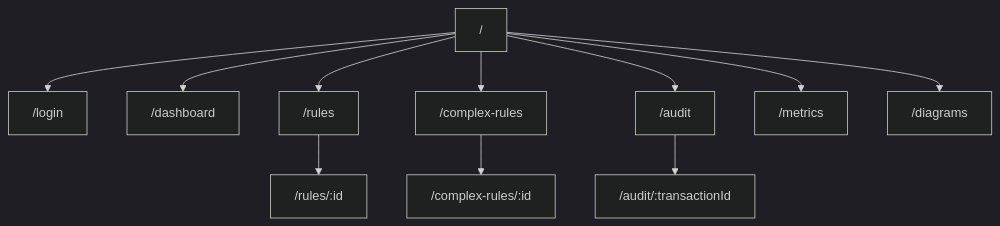
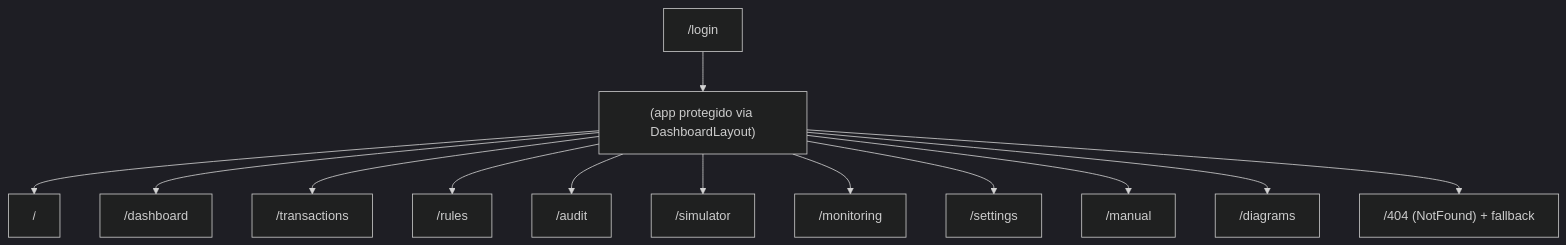
One commit to FELIPEACASTRO/RULEX changed the tenth of 44 diagrams in docs/DIAGRAMAS.md. Above: the diagram before and after it, drawn with Mermaid (dark theme). The commit also changed other lines of this file and 7 other files, not shown here.

Commit message:
docs(diagramas): normalize /api endpoints and de-hallucinate flows

````diff
--- a/docs/DIAGRAMAS.md
+++ b/docs/DIAGRAMAS.md
@@ -1484,13 +1542,15 @@
 ```mermaid
 flowchart TD
-    Home["/"] --> Login["/login"]
-    Home --> Dashboard["/dashboard"]
-    Home --> Rules["/rules"]
-    Home --> ComplexRules["/complex-rules"]
-    Home --> Audit["/audit"]
-    Home --> Metrics["/metrics"]
-    Home --> Diagrams["/diagrams"]
-    Rules --> RuleDetail["/rules/:id"]
-    ComplexRules --> ComplexRuleDetail["/complex-rules/:id"]
-    Audit --> AuditDetail["/audit/:transactionId"]
+    Login["/login"] --> App["(app protegido via DashboardLayout)"]
+    App --> Home["/"]
+    App --> Dashboard["/dashboard"]
+    App --> Transactions["/transactions"]
+    App --> Rules["/rules"]
+    App --> Audit["/audit"]
+    App --> Simulator["/simulator"]
+    App --> Monitoring["/monitoring"]
+    App --> Settings["/settings"]
+    App --> Manual["/manual"]
+    App --> Diagrams["/diagrams"]
+    App --> NotFound["/404 (NotFound) + fallback"]
 ```
````
